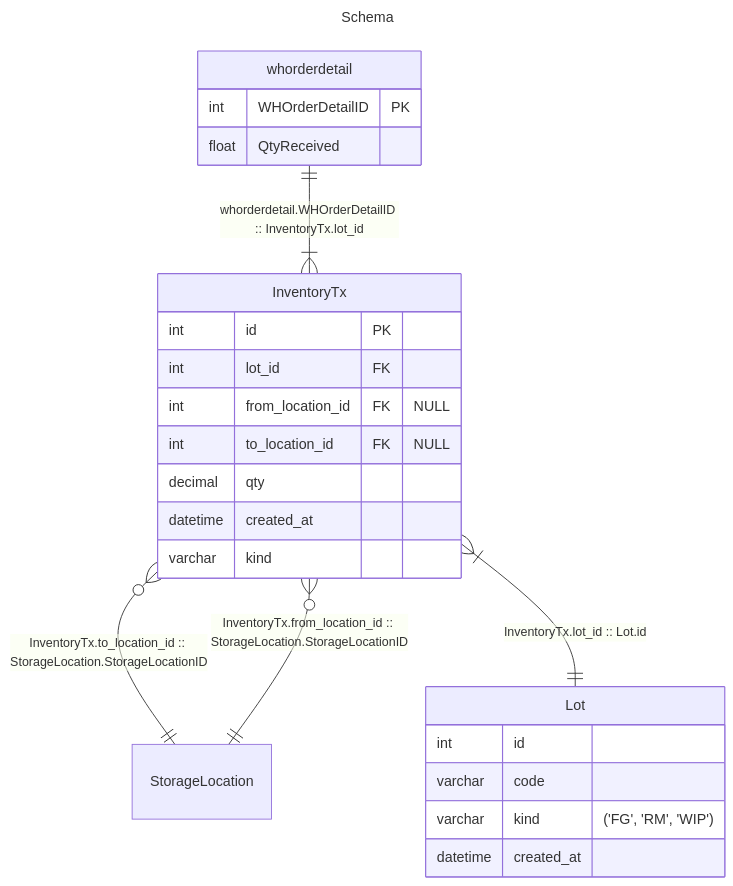
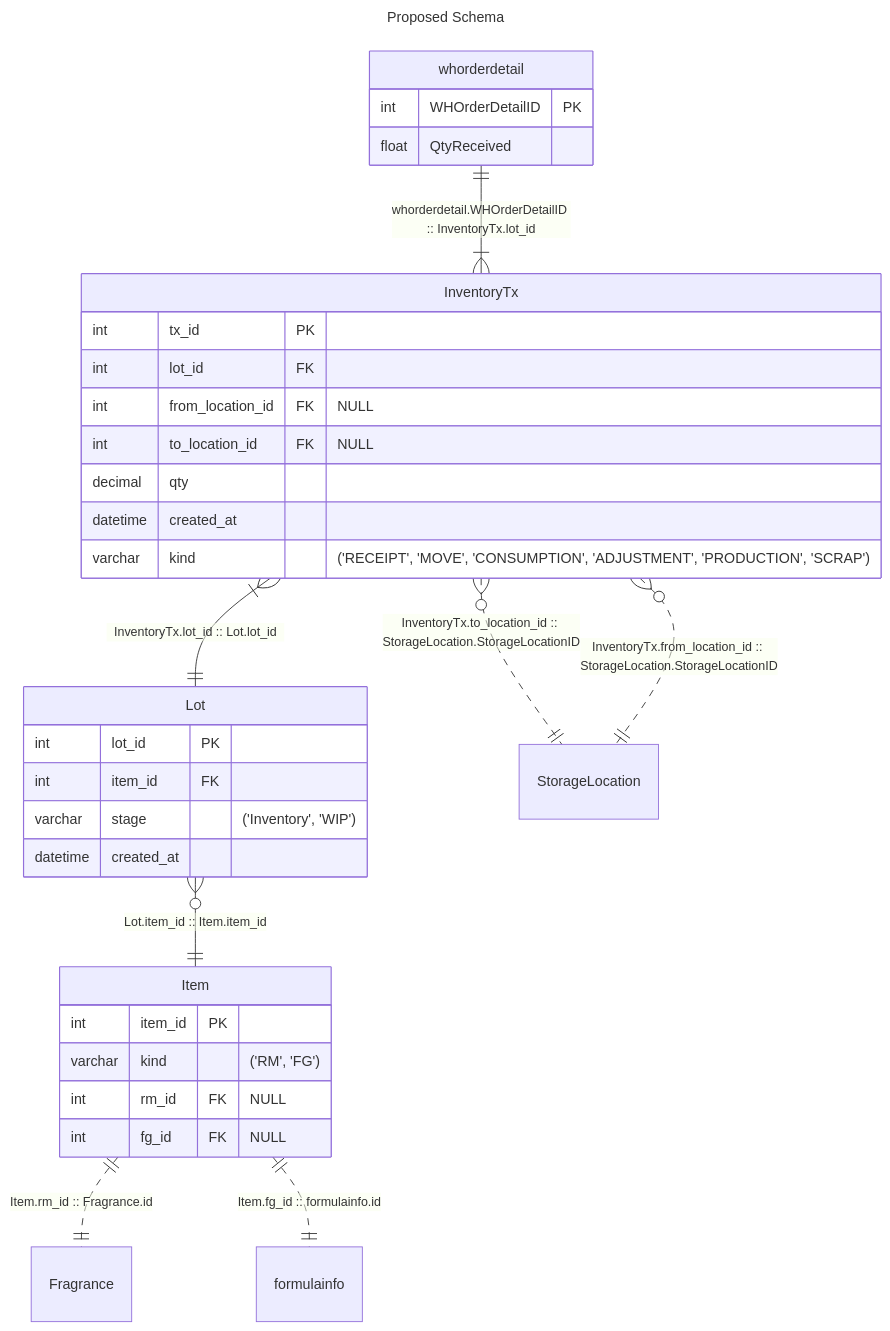
One commit to afi-spencerd/RSM changed the second of 6 diagrams in src/tx_table_proposal.md. Above: the diagram before and after it, drawn with Mermaid. The commit also changed other lines of this file, not shown here.

Commit message:
feat: add CoPilot-proposed `Item` master table
This goes against keeping the number of new tables to a minimum, but we
are still well below the net-0 table requirement by using the views.

CoPilot insists that the `Item` table is necessary for referential
integrity, keeping query complexity minimal (reducing number of joins),
performance and indexing, and future flexibility.

````diff
--- a/src/tx_table_proposal.md
+++ b/src/tx_table_proposal.md
@@ -84,31 +84,43 @@
 ```mermaid
 ---
-title: Schema
+title: "Proposed Schema"
 ---
 erDiagram
   InventoryTx {
-    int      id   PK
+    int      tx_id  PK
     int      lot_id FK
     int      from_location_id FK "NULL"
     int      to_location_id   FK "NULL"
     decimal  qty
     datetime created_at
-    varchar  kind
-
+    varchar  kind "('RECEIPT', 'MOVE', 'CONSUMPTION', 'ADJUSTMENT', 'PRODUCTION', 'SCRAP')"
+  }
+  Item {
+    int      item_id PK
+    varchar  kind "('RM', 'FG')"
+    int      rm_id FK "NULL"
+    int      fg_id FK "NULL"
   }
   Lot {
-    int      id
-    varchar  code
-    varchar  kind "('FG', 'RM', 'WIP')"
+    int      lot_id PK
+    int      item_id FK
+    varchar  stage "('Inventory', 'WIP')"
     datetime created_at
   }
+
+  formulainfo
+  Fragrance
+  StorageLocation
   whorderdetail {
     int WHOrderDetailID PK
     float QtyReceived
   }
-  StorageLocation
-  InventoryTx }o--|| StorageLocation : "InventoryTx.to_location_id :: StorageLocation.StorageLocationID"
-  InventoryTx }o--|| StorageLocation : "InventoryTx.from_location_id :: StorageLocation.StorageLocationID"
+
+  InventoryTx }o..|| StorageLocation : "InventoryTx.to_location_id :: StorageLocation.StorageLocationID"
+  InventoryTx }o..|| StorageLocation : "InventoryTx.from_location_id :: StorageLocation.StorageLocationID"
   whorderdetail ||--|{ InventoryTx : "whorderdetail.WHOrderDetailID :: InventoryTx.lot_id"
-  InventoryTx }|--|| Lot : "InventoryTx.lot_id :: Lot.id"
+  InventoryTx }|--|| Lot : "InventoryTx.lot_id :: Lot.lot_id"
+  Lot }o--|| Item : "Lot.item_id :: Item.item_id"
+  Item ||..|| Fragrance : "Item.rm_id :: Fragrance.id"
+  Item ||..|| formulainfo : "Item.fg_id :: formulainfo.id"
 ```
````
